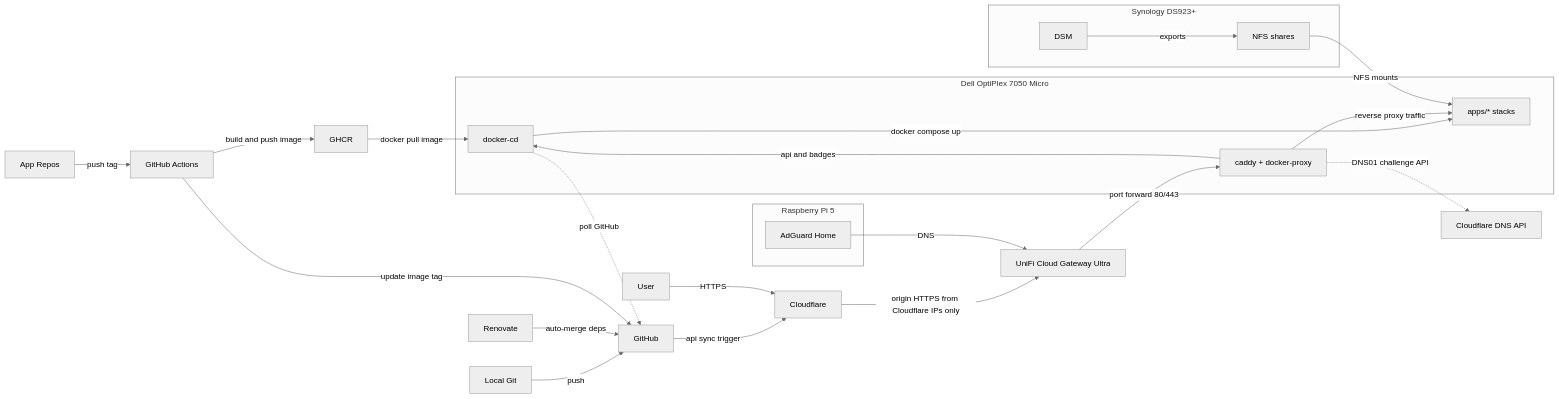
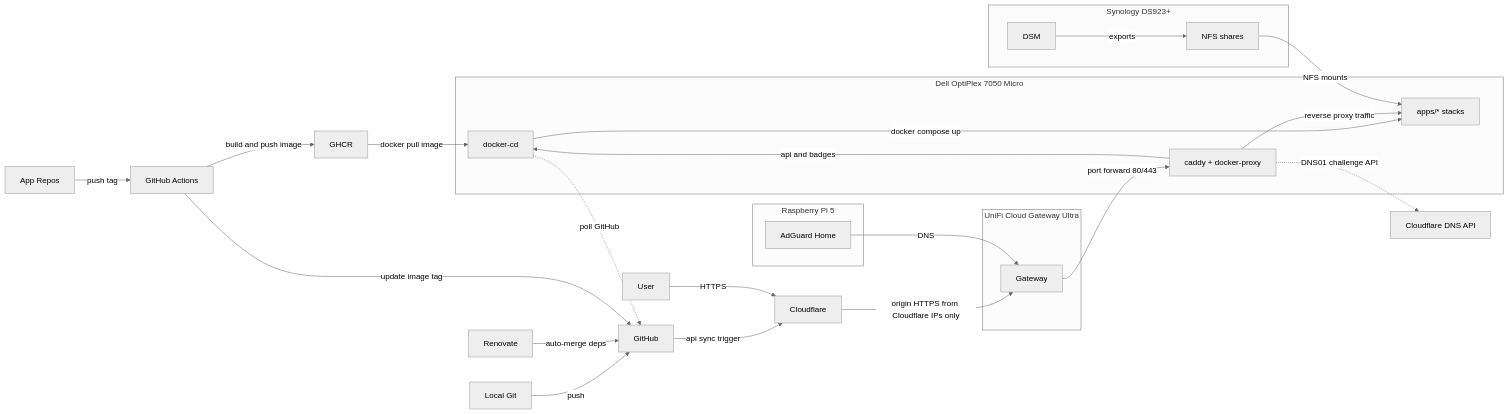
Before and after one commit to wajeht/home-ops: the diagram in README.md, drawn with Mermaid (neutral theme).

Commit message:
docs: update architecture diagram to include unifi gateway

````diff
--- a/README.md
+++ b/README.md
@@ -16,38 +16,42 @@
 ```mermaid
 flowchart LR
     subgraph dell[Dell OptiPlex 7050 Micro]
         docker_cd[docker-cd]
         caddy[caddy + docker-proxy]
         apps[apps/* stacks]
     end
 
     subgraph pi[Raspberry Pi 5]
         adguard[AdGuard Home]
     end
 
     subgraph synology[Synology DS923+]
         nas_dsm[DSM]
         nas_nfs[NFS shares]
     end
 
+    subgraph unifi_hw[UniFi Cloud Gateway Ultra]
+        unifi[Gateway]
+    end
+
     local_git[Local Git] -->|push| github[GitHub]
     app_repo[App Repos] -->|push tag| actions[GitHub Actions]
     renovate[Renovate] -->|auto-merge deps| github
     actions -->|build and push image| ghcr[GHCR]
     actions -->|update image tag| github
     ghcr -->|docker pull image| docker_cd
     docker_cd -.->|poll GitHub| github
     github -->|api sync trigger| cloudflare[Cloudflare]
 
     user[User] -->|HTTPS| cloudflare
-    cloudflare -->|origin HTTPS from Cloudflare IPs only| unifi[UniFi Cloud Gateway Ultra]
+    cloudflare -->|origin HTTPS from Cloudflare IPs only| unifi
     adguard -->|DNS| unifi
 
     docker_cd -->|docker compose up| apps
     caddy -->|reverse proxy traffic| apps
     caddy -->|api and badges| docker_cd
     unifi -->|port forward 80/443| caddy
     caddy -.->|DNS01 challenge API| cloudflare_dns[Cloudflare DNS API]
     nas_dsm -->|exports| nas_nfs
     nas_nfs -->|NFS mounts| apps
 ```
````
